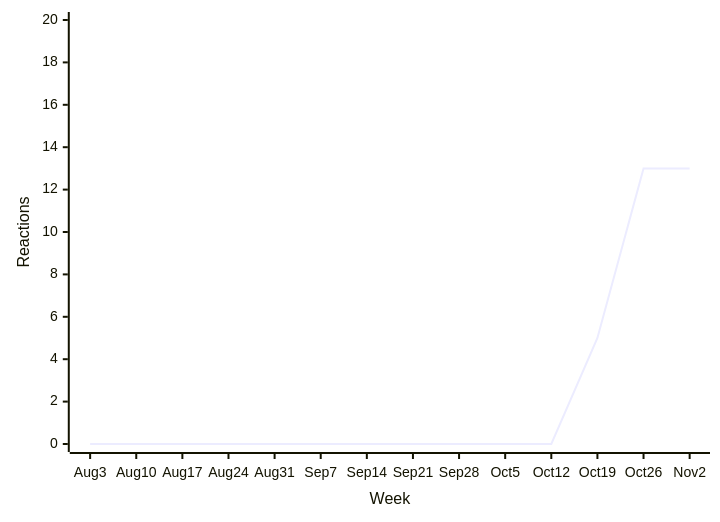
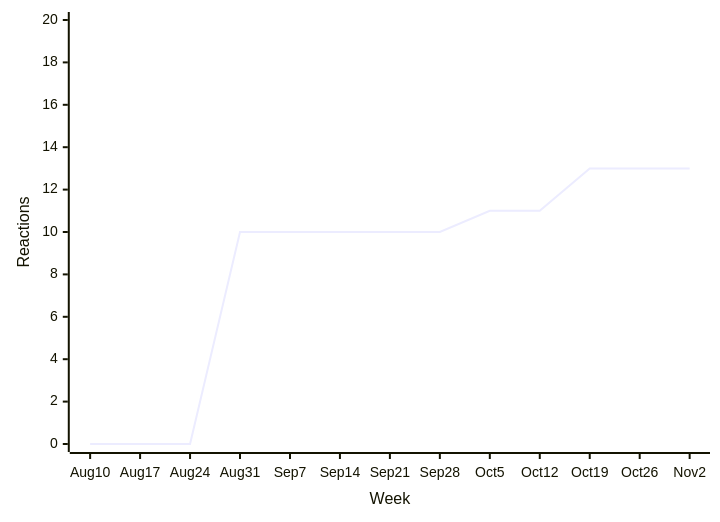
Before and after one commit to loic-sharma/github-insights: diagram 14 of 40 in README.md, drawn with Mermaid. The commit also changed other lines of this file and 3 other files, not shown here.

````diff
--- a/README.md
+++ b/README.md
@@ -545,6 +545,6 @@
   ```mermaid
   xychart-beta
-    x-axis "Week" [Aug 3, Aug 10, Aug 17, Aug 24, Aug 31, Sep 7, Sep 14, Sep 21, Sep 28, Oct 5, Oct 12, Oct 19, Oct 26, Nov 2]
+    x-axis "Week" [Aug 10, Aug 17, Aug 24, Aug 31, Sep 7, Sep 14, Sep 21, Sep 28, Oct 5, Oct 12, Oct 19, Oct 26, Nov 2]
     y-axis "Reactions" 0 --> 20
-    line [0, 0, 0, 0, 0, 0, 0, 0, 0, 0, 0, 5, 13, 13]
+    line [0, 0, 0, 10, 10, 10, 10, 10, 11, 11, 13, 13, 13]
   ```
````
